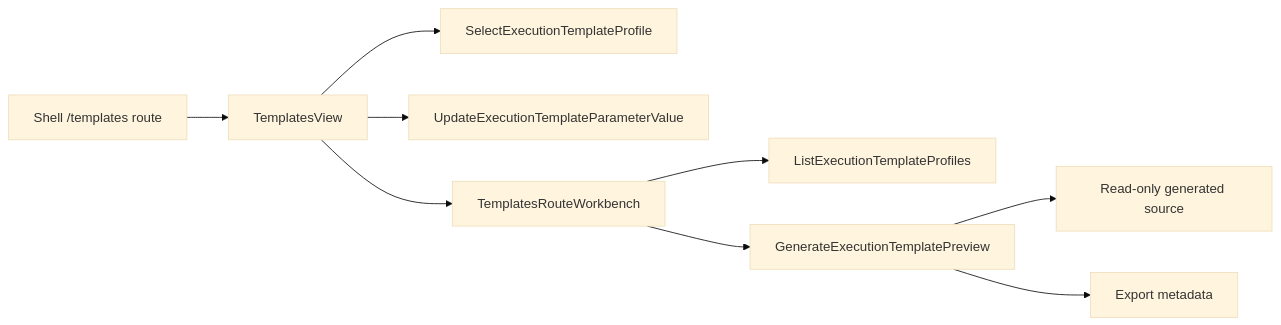
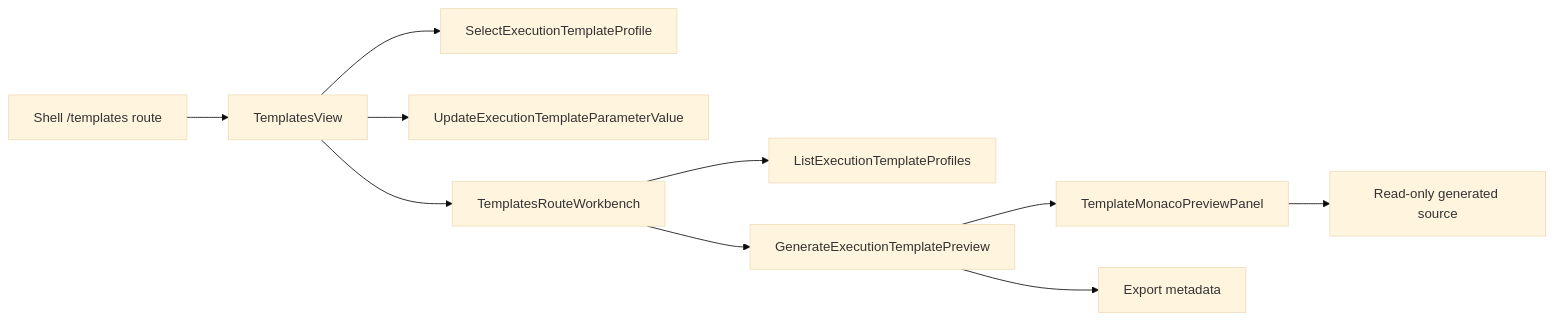
The second of 2 diagrams in docs/architecture/components/web/templates/execution-template-source-generation-component.md (dunay2/dvt), drawn with Mermaid (base theme) before and after one commit. The commit also changed other lines of this file and 12 other files, not shown here.

Commit message:
feat(web): Add templates Monaco preview

````diff
--- a/docs/architecture/components/web/templates/execution-template-source-generation-component.md
+++ b/docs/architecture/components/web/templates/execution-template-source-generation-component.md
@@ -69,11 +72,12 @@
 ```mermaid
 flowchart LR
   Shell["Shell /templates route"] --> View["TemplatesView"]
   View --> Selection["SelectExecutionTemplateProfile"]
   View --> Parameters["UpdateExecutionTemplateParameterValue"]
   View --> Workbench["TemplatesRouteWorkbench"]
   Workbench --> Catalog["ListExecutionTemplateProfiles"]
   Workbench --> Preview["GenerateExecutionTemplatePreview"]
-  Preview --> Source["Read-only generated source"]
+  Preview --> Monaco["TemplateMonacoPreviewPanel"]
+  Monaco --> Source["Read-only generated source"]
   Preview --> Export["Export metadata"]
 ```
````
